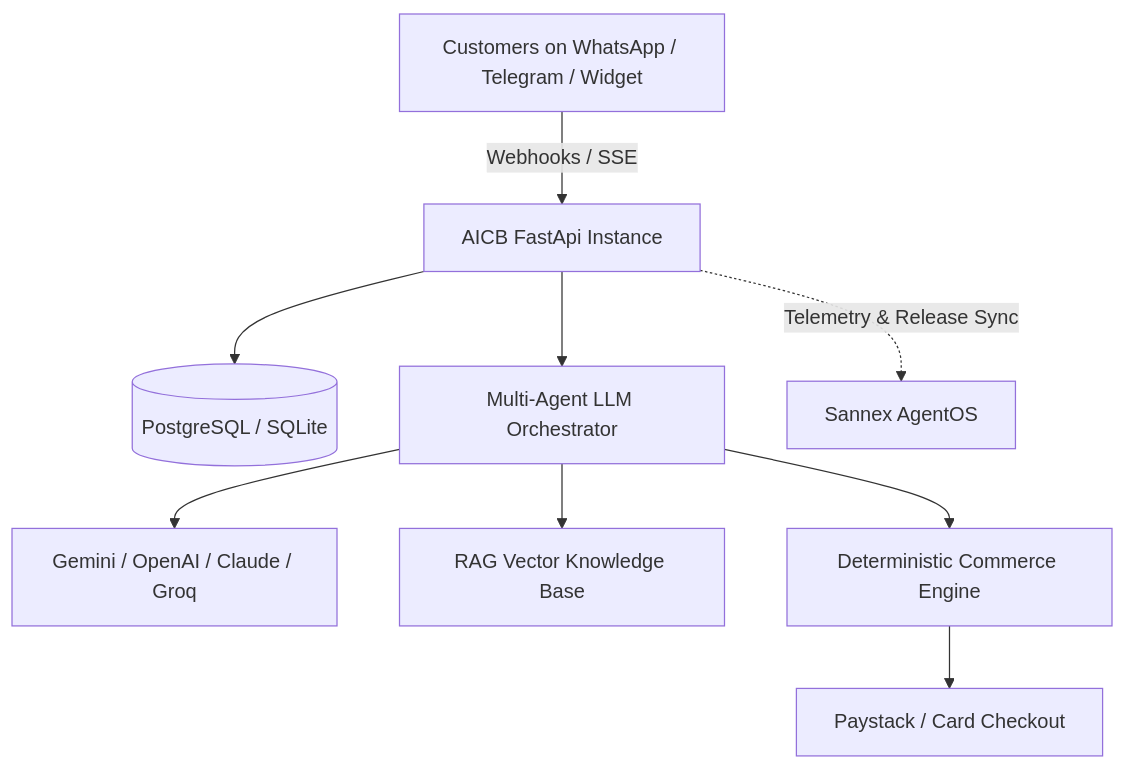
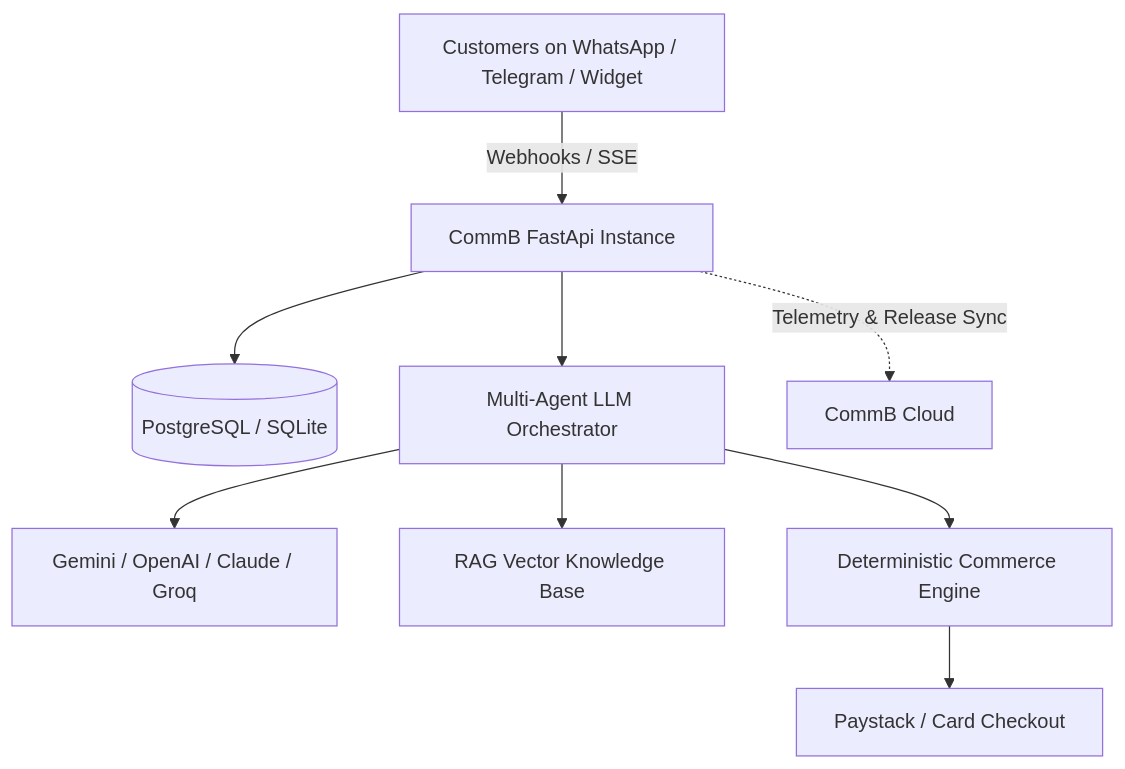
Before and after one commit to sannex-01/commb: the diagram in docs/intro.md, drawn with Mermaid. The commit also changed other lines of this file and 14 other files, not shown here.

First line of the commit message:
refactor!: rebrand AICB/Sannex AgentOS to CommB Cloud, secure release publishing

````diff
--- a/docs/intro.md
+++ b/docs/intro.md
@@ -13,11 +13,11 @@
 ```mermaid
 graph TD
-    A[Customers on WhatsApp / Telegram / Widget] -->|Webhooks / SSE| B[AICB FastApi Instance]
+    A[Customers on WhatsApp / Telegram / Widget] -->|Webhooks / SSE| B[CommB FastApi Instance]
     B --> C[(PostgreSQL / SQLite)]
     B --> D[Multi-Agent LLM Orchestrator]
     D --> E[Gemini / OpenAI / Claude / Groq]
     D --> F[RAG Vector Knowledge Base]
     D --> G[Deterministic Commerce Engine]
     G --> H[Paystack / Card Checkout]
-    B -.->|Telemetry & Release Sync| I[Sannex AgentOS]
+    B -.->|Telemetry & Release Sync| I[CommB Cloud]
 ```
````
